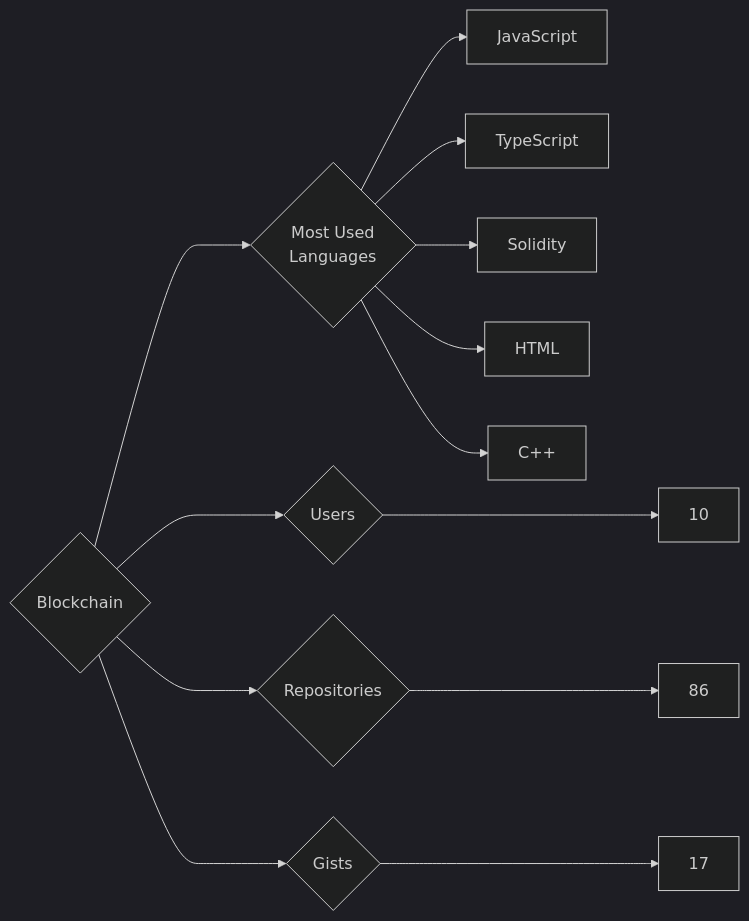
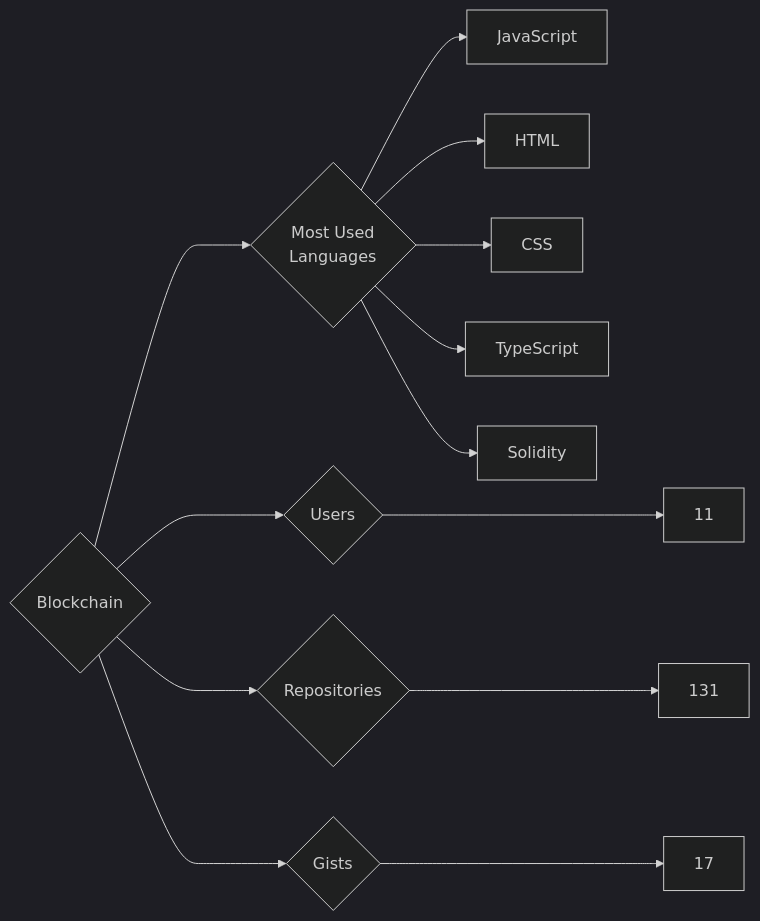
Before and after one commit to trickest/insiders: the diagram in targets/Blockchain/README.md, drawn with Mermaid (dark theme). The commit also changed 1212 other files, not shown here.

````diff
--- a/targets/Blockchain/README.md
+++ b/targets/Blockchain/README.md
@@ -3,13 +3,13 @@
 ```mermaid
 graph LR
 COMPANY_NAME{Blockchain}
-COMPANY_NAME ---> U{Users} ---> UN[10]
-COMPANY_NAME ---> R{Repositories} ---> RN[86]
+COMPANY_NAME ---> U{Users} ---> UN[11]
+COMPANY_NAME ---> R{Repositories} ---> RN[131]
 COMPANY_NAME ---> G{Gists} ---> GN[17]
 COMPANY_NAME ---> ML{Most Used<br>Languages}
 ML --> JavaScript[JavaScript]
+ML --> HTML[HTML]
+ML --> CSS[CSS]
 ML --> TypeScript[TypeScript]
 ML --> Solidity[Solidity]
-ML --> HTML[HTML]
-ML --> C++[C++]
 ```
````
